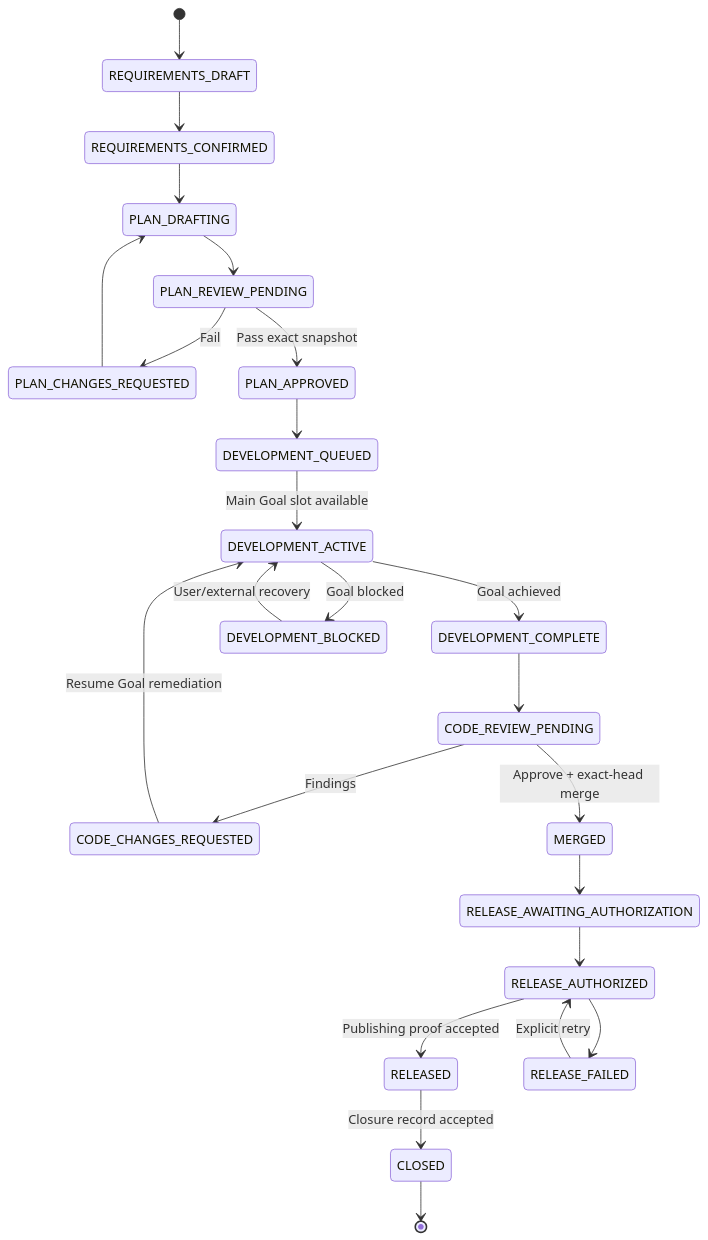
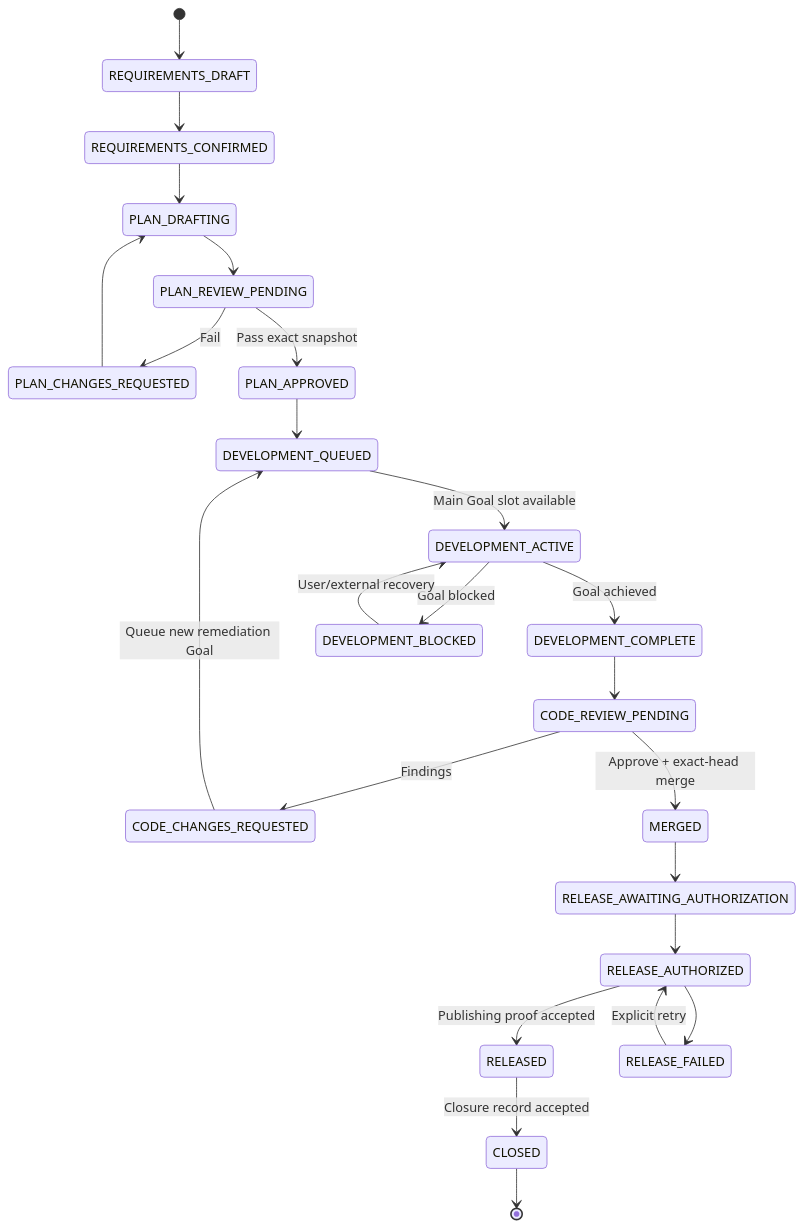
One commit to zhanghao1903/macos-computer-use changed the third of 4 diagrams in docs/feature/codex-engineering-lifecycle-plugin/design.md. Above: the diagram before and after it, drawn with Mermaid. The commit also changed other lines of this file and 2 other files, not shown here.

````diff
--- a/docs/feature/codex-engineering-lifecycle-plugin/design.md
+++ b/docs/feature/codex-engineering-lifecycle-plugin/design.md
@@ -161,26 +174,26 @@
 ```mermaid
 stateDiagram-v2
     [*] --> REQUIREMENTS_DRAFT
     REQUIREMENTS_DRAFT --> REQUIREMENTS_CONFIRMED
     REQUIREMENTS_CONFIRMED --> PLAN_DRAFTING
     PLAN_DRAFTING --> PLAN_REVIEW_PENDING
     PLAN_REVIEW_PENDING --> PLAN_CHANGES_REQUESTED: Fail
     PLAN_CHANGES_REQUESTED --> PLAN_DRAFTING
     PLAN_REVIEW_PENDING --> PLAN_APPROVED: Pass exact snapshot
     PLAN_APPROVED --> DEVELOPMENT_QUEUED
     DEVELOPMENT_QUEUED --> DEVELOPMENT_ACTIVE: Main Goal slot available
     DEVELOPMENT_ACTIVE --> DEVELOPMENT_COMPLETE: Goal achieved
     DEVELOPMENT_ACTIVE --> DEVELOPMENT_BLOCKED: Goal blocked
     DEVELOPMENT_BLOCKED --> DEVELOPMENT_ACTIVE: User/external recovery
     DEVELOPMENT_COMPLETE --> CODE_REVIEW_PENDING
     CODE_REVIEW_PENDING --> CODE_CHANGES_REQUESTED: Findings
-    CODE_CHANGES_REQUESTED --> DEVELOPMENT_ACTIVE: Resume Goal remediation
+    CODE_CHANGES_REQUESTED --> DEVELOPMENT_QUEUED: Queue new remediation Goal
     CODE_REVIEW_PENDING --> MERGED: Approve + exact-head merge
     MERGED --> RELEASE_AWAITING_AUTHORIZATION
     RELEASE_AWAITING_AUTHORIZATION --> RELEASE_AUTHORIZED
     RELEASE_AUTHORIZED --> RELEASED: Publishing proof accepted
     RELEASE_AUTHORIZED --> RELEASE_FAILED
     RELEASE_FAILED --> RELEASE_AUTHORIZED: Explicit retry
     RELEASED --> CLOSED: Closure record accepted
     CLOSED --> [*]
 ```
````
